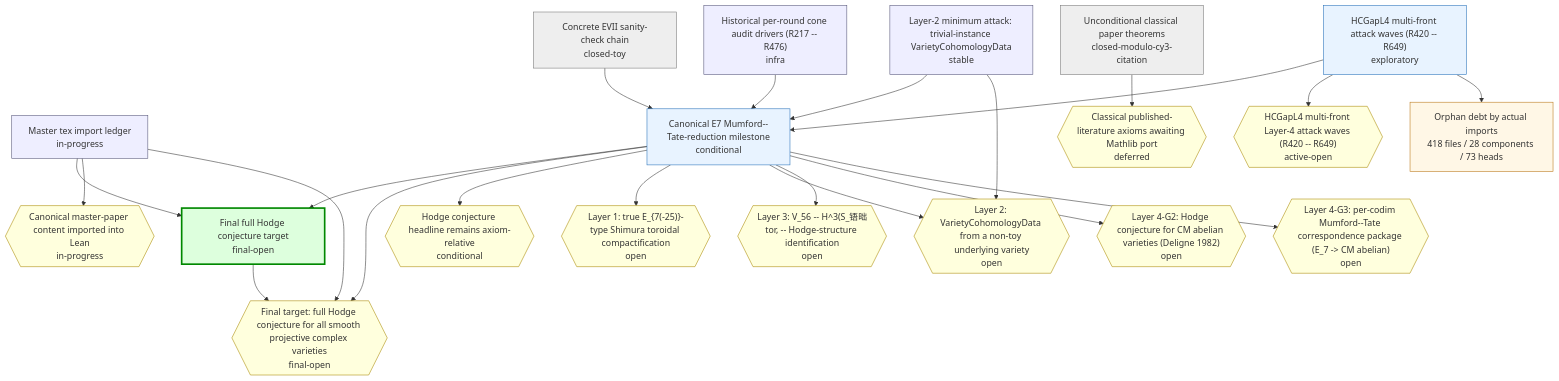
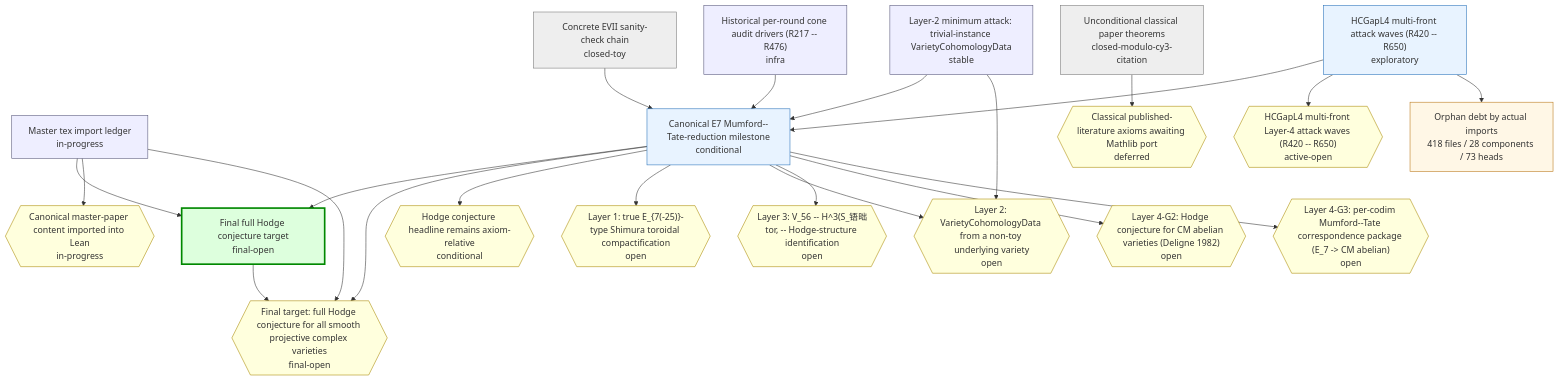
One commit to crabsatellite/hodge-conjecture-lean4-formalization changed the first of 2 diagrams in chain-status/research-map.md. Above: the diagram before and after it, drawn with Mermaid. The commit also changed other lines of this file and 8 other files, not shown here.

````diff
--- a/chain-status/research-map.md
+++ b/chain-status/research-map.md
@@ -46,54 +46,54 @@
 ```mermaid
 graph TD
   classDef main fill:#dfd,stroke:#080,stroke-width:3px
   classDef active fill:#e8f3ff,stroke:#2670b8
   classDef support fill:#eef,stroke:#557
   classDef closed fill:#eee,stroke:#777
   classDef dead fill:#fdd,stroke:#a00,stroke-width:2px
   classDef gapOpen fill:#ffd,stroke:#a80
   classDef gapClosed fill:#eee,stroke:#777
   classDef gapDead fill:#fdd,stroke:#a00
   classDef debt fill:#fff7e6,stroke:#b87514
   classDef debtTaxonomy fill:#e8f3ff,stroke:#2670b8,stroke-dasharray:3 3
   classDef debtRule fill:#eefbea,stroke:#398439,stroke-dasharray:3 3
   classDef debtDead fill:#fdd,stroke:#a00,stroke-dasharray:3 3
   chain_full_hc_final_target["Final full Hodge conjecture target\nfinal-open"]:::main
   chain_master_paper_import_ledger["Master tex import ledger\nin-progress"]:::support
   chain_main_hc_axiom_relative["Canonical E7 Mumford--Tate-reduction milestone\nconditional"]:::active
   chain_unconditional_classical["Unconditional classical paper theorems\nclosed-modulo-cy3-citation"]:::closed
   chain_hcgap_l2_trivial_instances["Layer-2 minimum attack: trivial-instance VarietyCohomologyData\nstable"]:::support
-  chain_hcgap_l4_multifront_active["HCGapL4 multi-front attack waves (R420 -- R649)\nexploratory"]:::active
+  chain_hcgap_l4_multifront_active["HCGapL4 multi-front attack waves (R420 -- R650)\nexploratory"]:::active
   chain_concrete_evii_toy["Concrete EVII sanity-check chain\nclosed-toy"]:::closed
   chain_historical_cone_audits["Historical per-round cone audit drivers (R217 -- R476)\ninfra"]:::support
   gap_G_full_hc{{"Final target: full Hodge conjecture for all smooth projective complex varieties\nfinal-open"}}:::gapOpen
   gap_G_master_paper_import{{"Canonical master-paper content imported into Lean\nin-progress"}}:::gapOpen
   gap_G_main_hc{{"Hodge conjecture headline remains axiom-relative\nconditional"}}:::gapOpen
   gap_G_l1_e7_shimura_tor{{"Layer 1: true E_{7(-25)}-type Shimura toroidal compactification\nopen"}}:::gapOpen
   gap_G_l2_cohomology_construction{{"Layer 2: VarietyCohomologyData from a non-toy underlying variety\nopen"}}:::gapOpen
   gap_G_l3_v56_mt_identification{{"Layer 3: V_56 -- H^3(S_铻昢tor, -- Hodge-structure identification\nopen"}}:::gapOpen
   gap_G_l4_cm_abelian_hc{{"Layer 4-G2: Hodge conjecture for CM abelian varieties (Deligne 1982)\nopen"}}:::gapOpen
   gap_G_l4_mt_correspondence{{"Layer 4-G3: per-codim Mumford--Tate correspondence package (E_7 -> CM abelian)\nopen"}}:::gapOpen
   gap_G_classical_mathlib_port{{"Classical published-literature axioms awaiting Mathlib port\ndeferred"}}:::gapOpen
-  gap_G_hcgap_l4_multifront{{"HCGapL4 multi-front Layer-4 attack waves (R420 -- R649)\nactive-open"}}:::gapOpen
+  gap_G_hcgap_l4_multifront{{"HCGapL4 multi-front Layer-4 attack waves (R420 -- R650)\nactive-open"}}:::gapOpen
   chain_full_hc_final_target --> gap_G_full_hc
   chain_master_paper_import_ledger --> chain_full_hc_final_target
   chain_master_paper_import_ledger --> gap_G_master_paper_import
   chain_master_paper_import_ledger --> gap_G_full_hc
   chain_main_hc_axiom_relative --> chain_full_hc_final_target
   chain_main_hc_axiom_relative --> gap_G_full_hc
   chain_main_hc_axiom_relative --> gap_G_main_hc
   chain_main_hc_axiom_relative --> gap_G_l1_e7_shimura_tor
   chain_main_hc_axiom_relative --> gap_G_l2_cohomology_construction
   chain_main_hc_axiom_relative --> gap_G_l3_v56_mt_identification
   chain_main_hc_axiom_relative --> gap_G_l4_cm_abelian_hc
   chain_main_hc_axiom_relative --> gap_G_l4_mt_correspondence
   chain_unconditional_classical --> gap_G_classical_mathlib_port
   chain_hcgap_l2_trivial_instances --> chain_main_hc_axiom_relative
   chain_hcgap_l2_trivial_instances --> gap_G_l2_cohomology_construction
   chain_hcgap_l4_multifront_active --> chain_main_hc_axiom_relative
   chain_hcgap_l4_multifront_active --> gap_G_hcgap_l4_multifront
   chain_concrete_evii_toy --> chain_main_hc_axiom_relative
   chain_historical_cone_audits --> chain_main_hc_axiom_relative
   debt_all["Orphan debt by actual imports\n418 files / 28 components / 73 heads"]:::debt
   chain_hcgap_l4_multifront_active --> debt_all
 ```
````
